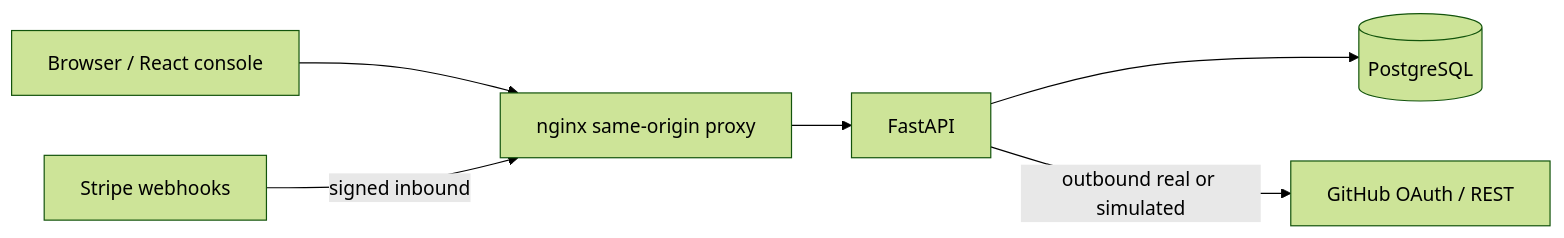
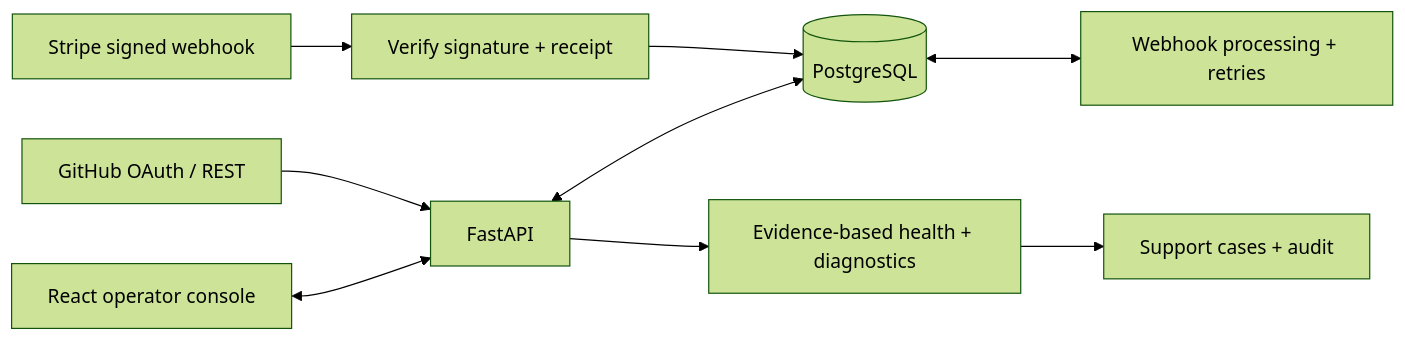
Before and after one commit to ManpreetS2/IntegrationLab: the diagram in README.md, drawn with Mermaid (forest theme). The commit also changed other lines of this file, not shown here.

````diff
--- a/README.md
+++ b/README.md
@@ -58,15 +49,11 @@
 ```mermaid
 flowchart LR
-  Browser[Browser / React console]
-  Nginx[nginx same-origin proxy]
-  API[FastAPI]
-  DB[(PostgreSQL)]
-  GH[GitHub OAuth / REST]
-  ST[Stripe webhooks]
-
-  Browser --> Nginx
-  Nginx --> API
-  API --> DB
-  API -->|outbound real or simulated| GH
-  ST -->|signed inbound| Nginx
+    GH[GitHub OAuth / REST] --> API[FastAPI]
+    ST[Stripe signed webhook] --> RX[Verify signature + receipt]
+    RX --> DB[(PostgreSQL)]
+    API <--> DB
+    DB <--> PROC[Webhook processing + retries]
+    API --> HEALTH[Evidence-based health + diagnostics]
+    HEALTH --> CASES[Support cases + audit]
+    UI[React operator console] <--> API
 ```
````
